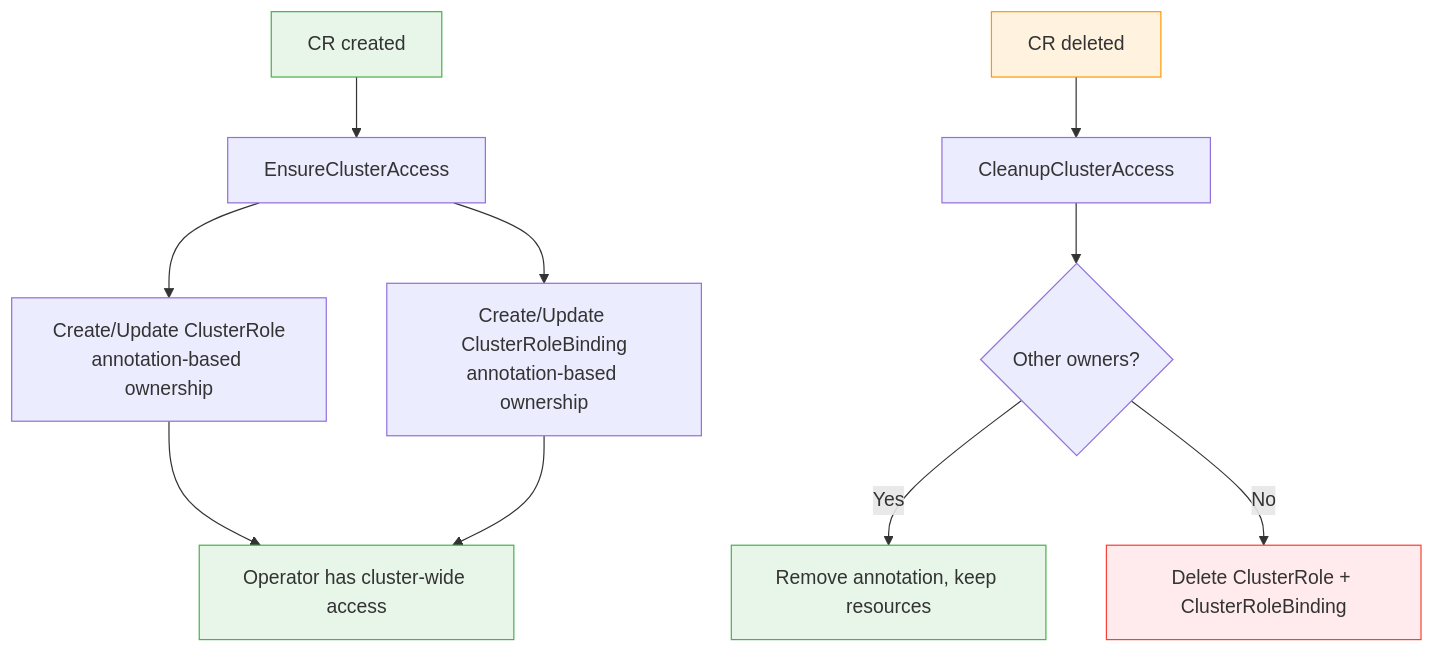
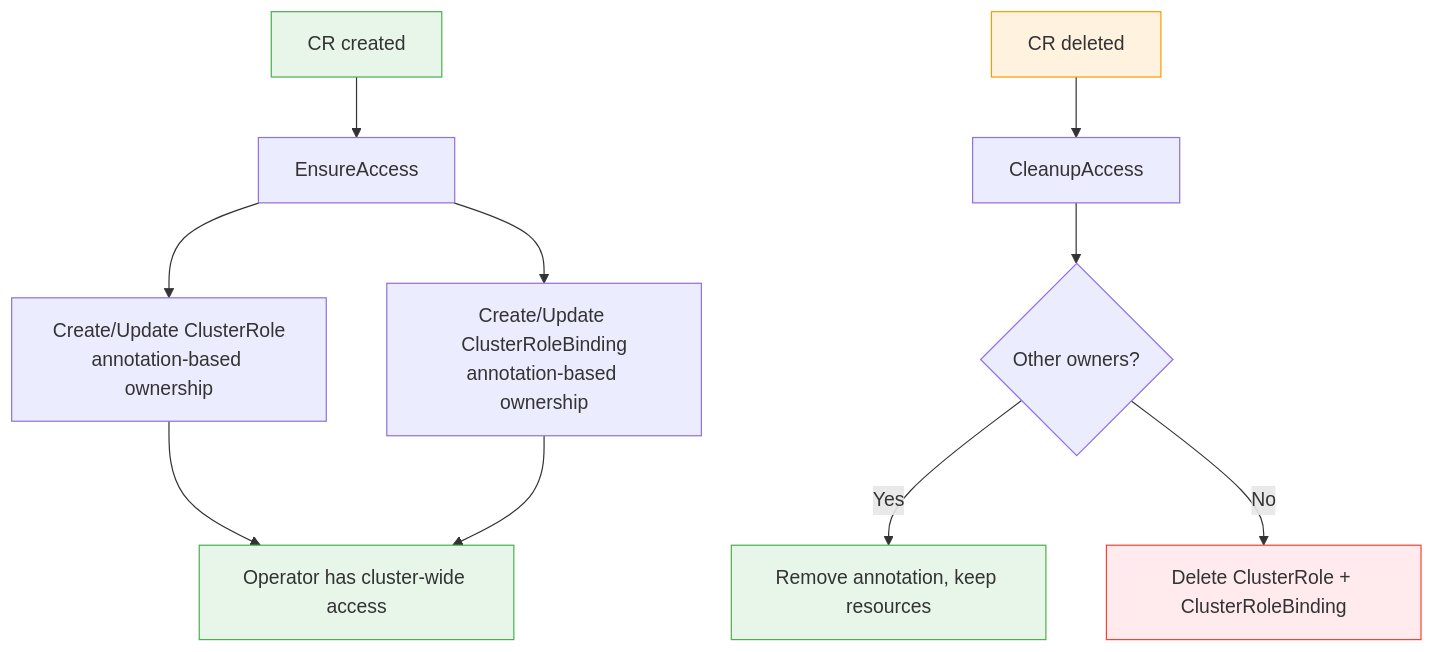
The fifth of 6 diagrams in README.md (ugiordan/operator-security-runtime), drawn with Mermaid before and after one commit. The commit also changed other lines of this file and 7 other files, not shown here.

````diff
--- a/README.md
+++ b/README.md
@@ -119,19 +119,19 @@
 ```mermaid
 flowchart TD
-    A[CR created] --> B[EnsureClusterAccess]
+    A[CR created] --> B[EnsureAccess]
     B --> C["Create/Update ClusterRole\nannotation-based ownership"]
     B --> D["Create/Update ClusterRoleBinding\nannotation-based ownership"]
     C --> E[Operator has cluster-wide access]
     D --> E
 
-    F[CR deleted] --> G[CleanupClusterAccess]
+    F[CR deleted] --> G[CleanupAccess]
     G --> H{Other owners?}
     H -- Yes --> I[Remove annotation, keep resources]
     H -- No --> J[Delete ClusterRole + ClusterRoleBinding]
 
     style A fill:#e8f5e9,stroke:#4CAF50
     style E fill:#e8f5e9,stroke:#4CAF50
     style F fill:#fff3e0,stroke:#FF9800
     style J fill:#ffebee,stroke:#f44336
     style I fill:#e8f5e9,stroke:#4CAF50
 ```
````
